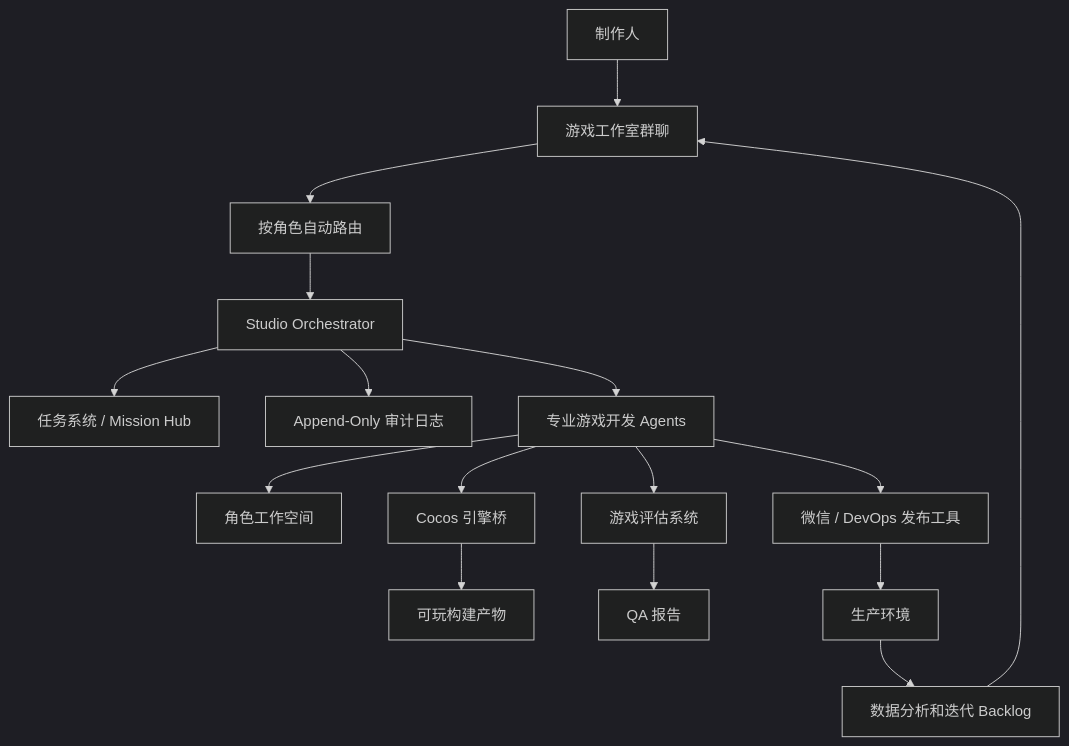
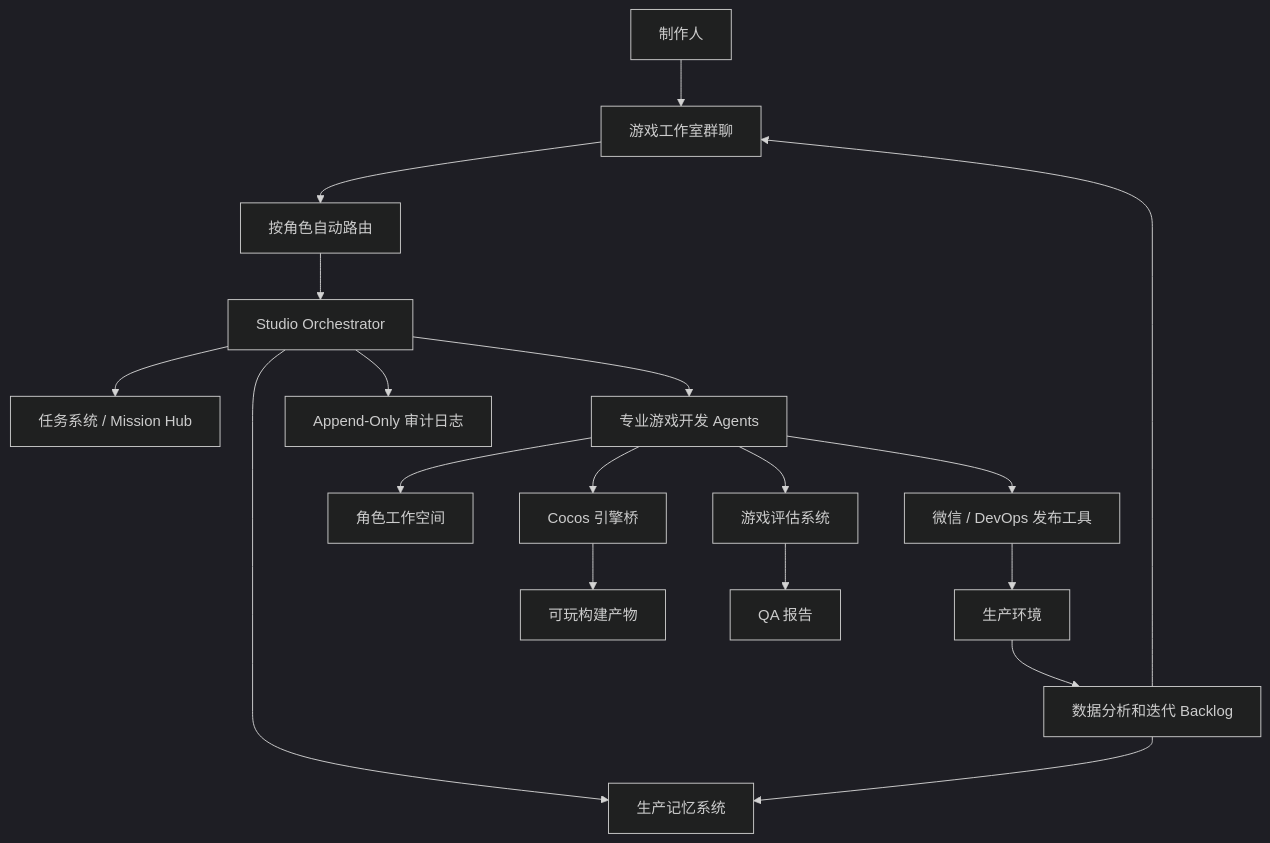
Before and after one commit to Three-Walkers/be-the-producer: the second of 2 diagrams in README_zh.md, drawn with Mermaid (dark theme). The commit also changed other lines of this file and 1 other file, not shown here.

Commit message:
docs: add production memory system

````diff
--- a/README_zh.md
+++ b/README_zh.md
@@ -394,18 +466,20 @@
 ```mermaid
 flowchart TB
     U["制作人"] --> CHAT["游戏工作室群聊"]
     CHAT --> ROUTER["按角色自动路由"]
     ROUTER --> ORCH["Studio Orchestrator"]
     ORCH --> TASKS["任务系统 / Mission Hub"]
+    ORCH --> MEMORY["生产记忆系统"]
     ORCH --> AUDIT["Append-Only 审计日志"]
     ORCH --> AGENTS["专业游戏开发 Agents"]
     AGENTS --> WORKSPACE["角色工作空间"]
     AGENTS --> COCOS["Cocos 引擎桥"]
     AGENTS --> QA["游戏评估系统"]
     AGENTS --> RELEASE["微信 / DevOps 发布工具"]
     COCOS --> BUILD["可玩构建产物"]
     QA --> REPORTS["QA 报告"]
     RELEASE --> PROD["生产环境"]
     PROD --> LIVEOPS["数据分析和迭代 Backlog"]
+    LIVEOPS --> MEMORY
     LIVEOPS --> CHAT
 ```
````
